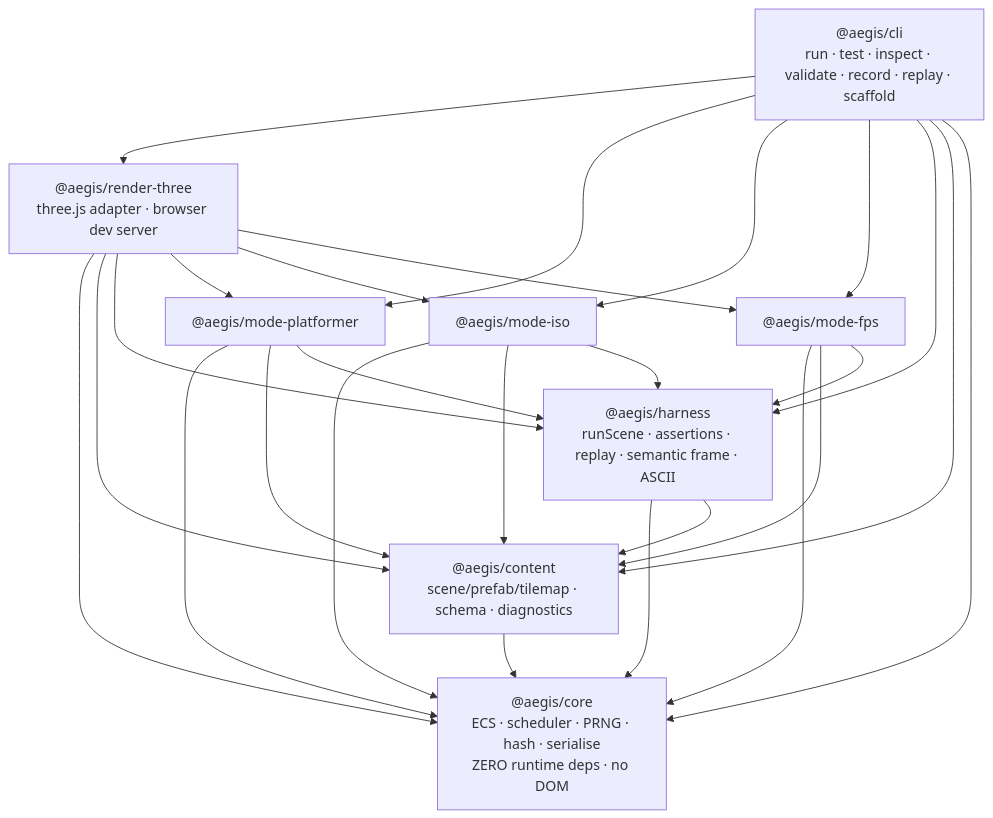
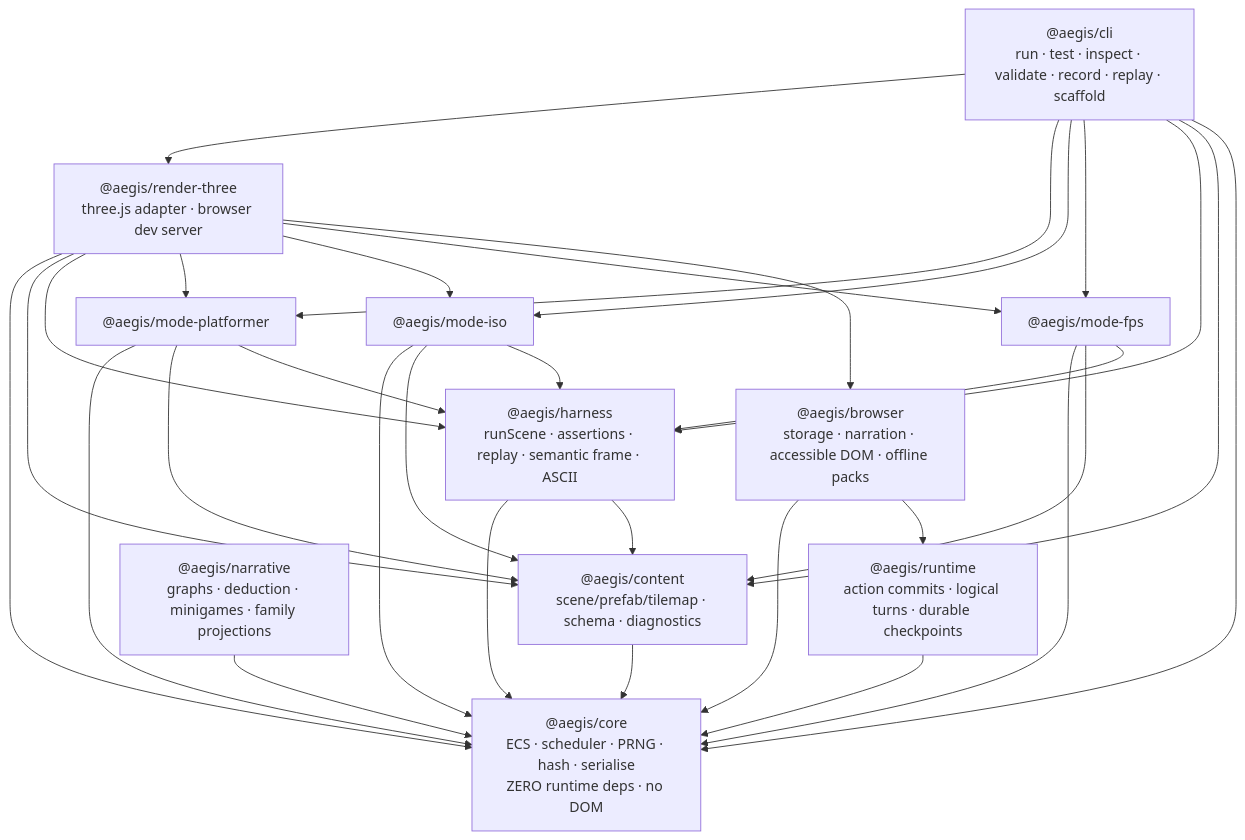
Before and after one commit to rumukh/aegis-engine: the first of 4 diagrams in docs/architecture.md, drawn with Mermaid. The commit also changed other lines of this file and 131 other files, not shown here.

First line of the commit message:
Add action-driven runtime and standalone consumer SDK

````diff
--- a/docs/architecture.md
+++ b/docs/architecture.md
@@ -26,37 +26,45 @@
 ```mermaid
 graph TD
   core["@aegis/core<br/>ECS · scheduler · PRNG · hash · serialise<br/>ZERO runtime deps · no DOM"]
   content["@aegis/content<br/>scene/prefab/tilemap · schema · diagnostics"]
+  runtime["@aegis/runtime<br/>action commits · logical turns · durable checkpoints"]
+  narrative["@aegis/narrative<br/>graphs · deduction · minigames · family projections"]
+  browser["@aegis/browser<br/>storage · narration · accessible DOM · offline packs"]
   harness["@aegis/harness<br/>runScene · assertions · replay · semantic frame · ASCII"]
   platformer["@aegis/mode-platformer"]
   iso["@aegis/mode-iso"]
   fps["@aegis/mode-fps"]
   render["@aegis/render-three<br/>three.js adapter · browser dev server"]
   cli["@aegis/cli<br/>run · test · inspect · validate · record · replay · scaffold"]
 
   content --> core
+  runtime --> core
+  narrative --> core
+  browser --> core
+  browser --> runtime
   harness --> core
   harness --> content
   platformer --> core
   platformer --> content
   platformer --> harness
   iso --> core
   iso --> content
   iso --> harness
   fps --> core
   fps --> content
   fps --> harness
   render --> core
   render --> content
   render --> harness
   render --> platformer
   render --> iso
   render --> fps
+  render --> browser
   cli --> render
   cli --> platformer
   cli --> iso
   cli --> fps
   cli --> harness
   cli --> content
   cli --> core
 ```
````
